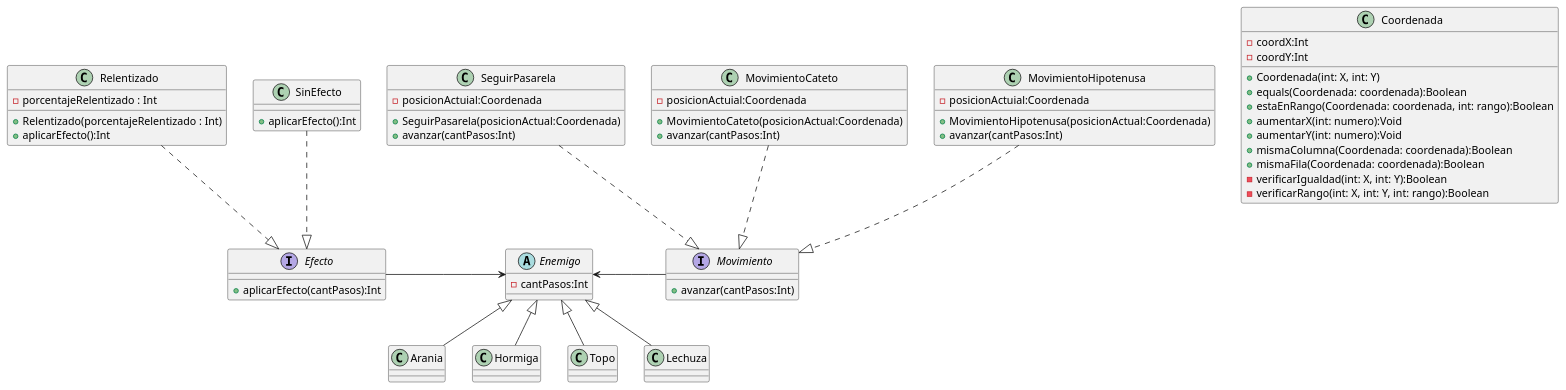
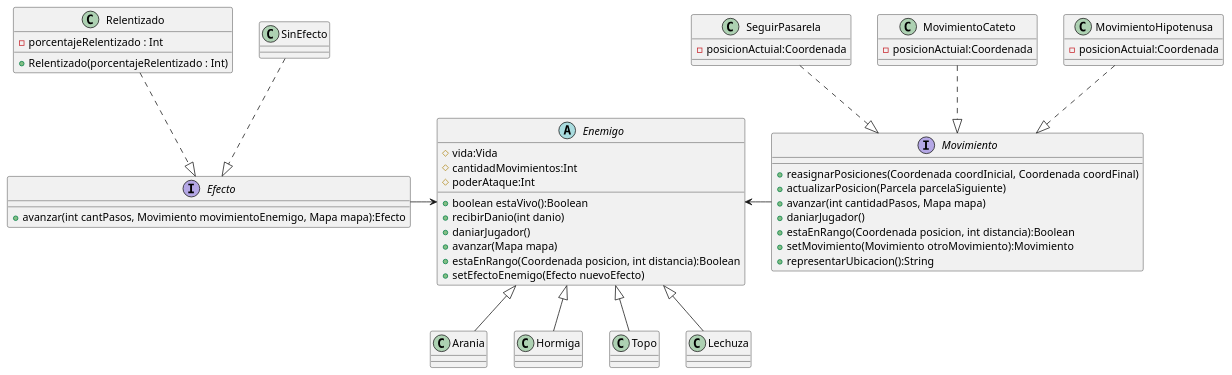
Before and after one commit to mogartio/Algo3: the diagram in diagrams/classes/EnemigosV2.plantuml, drawn with PlantUML. The commit also changed 3 other files, not shown here.

```diff
--- a/diagrams/classes/EnemigosV2.plantuml
+++ b/diagrams/classes/EnemigosV2.plantuml
@@ -1,81 +1,72 @@
 @startuml
 
 abstract class Enemigo{
-- cantPasos:Int
+# vida:Vida
+# cantidadMovimientos:Int
+# poderAtaque:Int
+
++ boolean estaVivo():Boolean
++ recibirDanio(int danio)
++ daniarJugador()
++ avanzar(Mapa mapa)
++ estaEnRango(Coordenada posicion, int distancia):Boolean
++ setEfectoEnemigo(Efecto nuevoEfecto)
 }
 
 interface Efecto{
-+ aplicarEfecto(cantPasos):Int
++ avanzar(int cantPasos, Movimiento movimientoEnemigo, Mapa mapa):Efecto
 }
 
 class Relentizado{
 - porcentajeRelentizado : Int
-
 + Relentizado(porcentajeRelentizado : Int)
-+ aplicarEfecto():Int
 }
 
 class SinEfecto{
-+ aplicarEfecto():Int
 }
 
 interface Movimiento{
-+ avanzar(cantPasos:Int)
++ reasignarPosiciones(Coordenada coordInicial, Coordenada coordFinal)
++ actualizarPosicion(Parcela parcelaSiguiente)
++ avanzar(int cantidadPasos, Mapa mapa)
++ daniarJugador()
++ estaEnRango(Coordenada posicion, int distancia):Boolean
++ setMovimiento(Movimiento otroMovimiento):Movimiento
++ representarUbicacion():String
 }
 
 class SeguirPasarela{
 - posicionActuial:Coordenada
 
-+ SeguirPasarela(posicionActual:Coordenada)
-+ avanzar(cantPasos:Int)
 }
 class MovimientoCateto{
 - posicionActuial:Coordenada
 
-+ MovimientoCateto(posicionActual:Coordenada)
-+ avanzar(cantPasos:Int)
 }
 class MovimientoHipotenusa{
 - posicionActuial:Coordenada
 
-+ MovimientoHipotenusa(posicionActual:Coordenada)
-+ avanzar(cantPasos:Int)
 }
 
 class Arania{}
 class Hormiga{}
 class Topo{}
 class Lechuza{}
 
-class Coordenada{
-- coordX:Int
-- coordY:Int
-
-+ Coordenada(int: X, int: Y)
-+ equals(Coordenada: coordenada):Boolean
-+ estaEnRango(Coordenada: coordenada, int: rango):Boolean
-+ aumentarX(int: numero):Void
-+ aumentarY(int: numero):Void
-+ mismaColumna(Coordenada: coordenada):Boolean
-+ mismaFila(Coordenada: coordenada):Boolean
-- verificarIgualdad(int: X, int: Y):Boolean
-- verificarRango(int: X, int: Y, int: rango):Boolean
-
-}
 
 
 MovimientoCateto ..|> Movimiento
 MovimientoHipotenusa ..|> Movimiento
 SeguirPasarela ..|> Movimiento
 
 SinEfecto ..|> Efecto
 Relentizado ..|> Efecto
 
 Enemigo <|-- Arania
 Enemigo <|-- Hormiga
 Enemigo <|-- Topo
 Enemigo <|-- Lechuza
 
 Enemigo <- Movimiento
 Efecto -> Enemigo
 @enduml
```
